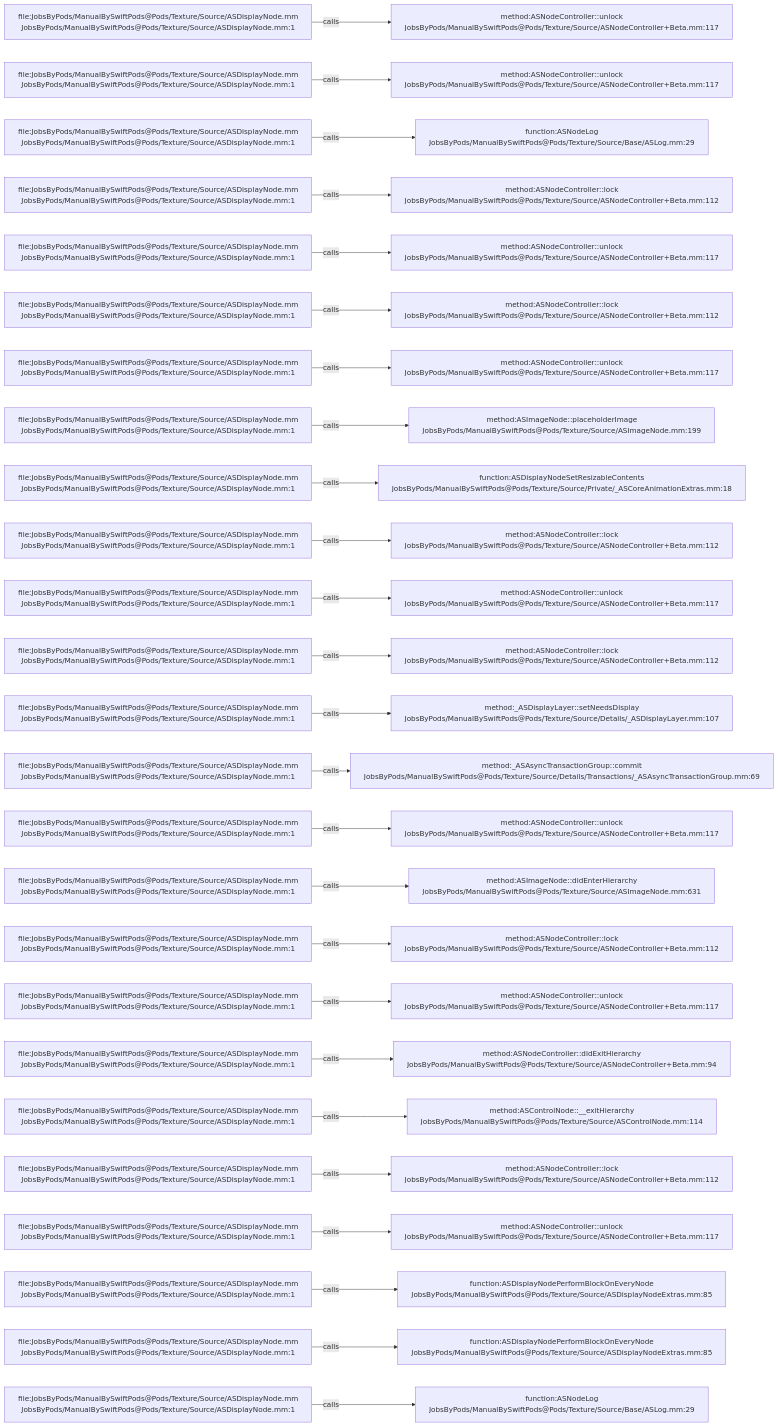
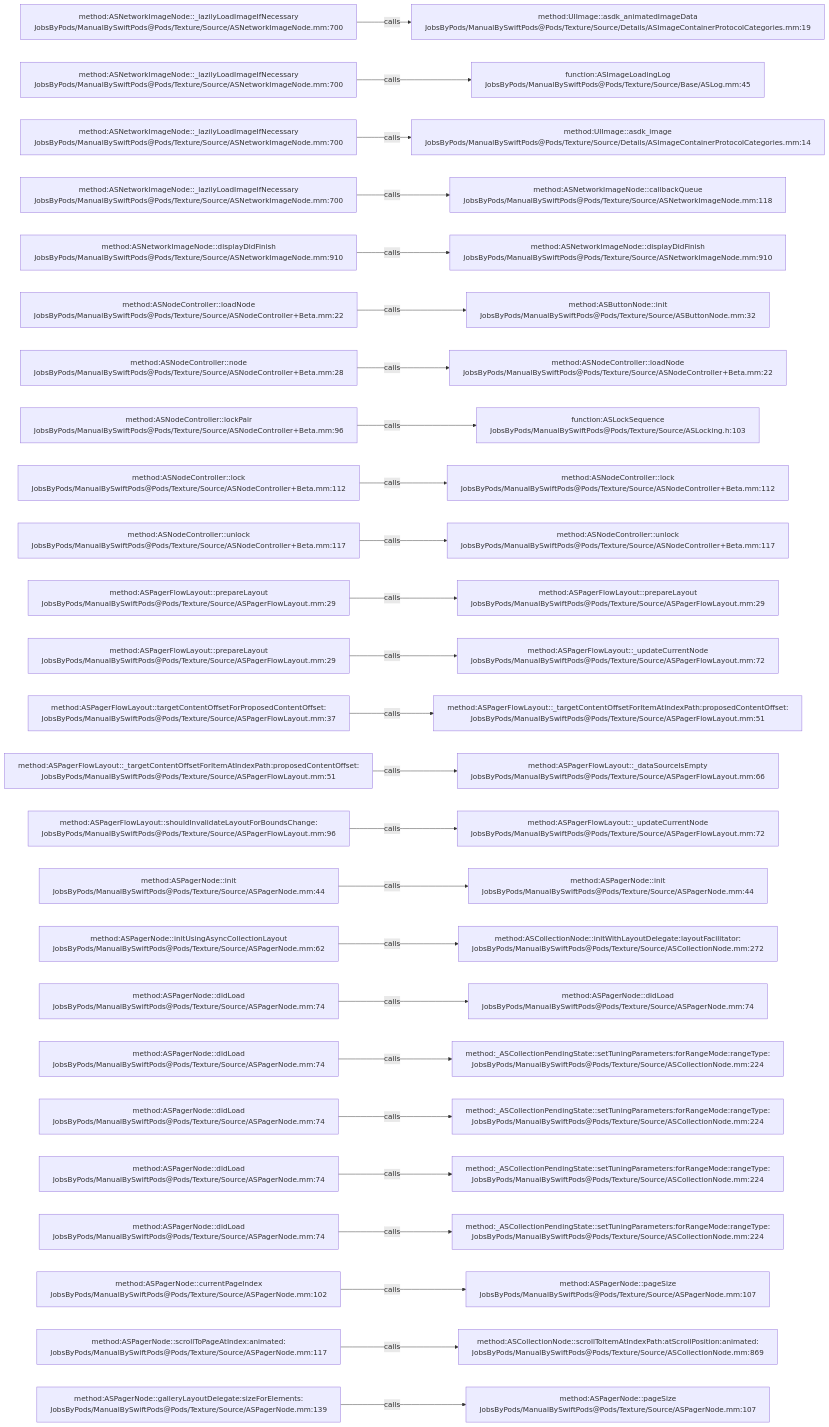
The diagram in .codegraph/codegraph.md/graphs/calls-052.md (JobsKits/JobsSwiftBaseConfigDemo), drawn with Mermaid before and after one commit. The commit also changed 832 other files, not shown here.

````diff
--- a/.codegraph/codegraph.md/graphs/calls-052.md
+++ b/.codegraph/codegraph.md/graphs/calls-052.md
@@ -13,78 +13,78 @@
 ```mermaid
 flowchart LR
-  S1["file:JobsByPods/ManualBySwiftPods@Pods/Texture/Source/ASDisplayNode.mm<br/>JobsByPods/ManualBySwiftPods@Pods/Texture/Source/ASDisplayNode.mm:1"]
-  T1["method:ASNodeController::unlock<br/>JobsByPods/ManualBySwiftPods@Pods/Texture/Source/ASNodeController+Beta.mm:117"]
+  S1["method:ASNetworkImageNode::_lazilyLoadImageIfNecessary<br/>JobsByPods/ManualBySwiftPods@Pods/Texture/Source/ASNetworkImageNode.mm:700"]
+  T1["method:UIImage::asdk_animatedImageData<br/>JobsByPods/ManualBySwiftPods@Pods/Texture/Source/Details/ASImageContainerProtocolCategories.mm:19"]
   S1 -->|calls| T1
-  S2["file:JobsByPods/ManualBySwiftPods@Pods/Texture/Source/ASDisplayNode.mm<br/>JobsByPods/ManualBySwiftPods@Pods/Texture/Source/ASDisplayNode.mm:1"]
-  T2["method:ASNodeController::unlock<br/>JobsByPods/ManualBySwiftPods@Pods/Texture/Source/ASNodeController+Beta.mm:117"]
+  S2["method:ASNetworkImageNode::_lazilyLoadImageIfNecessary<br/>JobsByPods/ManualBySwiftPods@Pods/Texture/Source/ASNetworkImageNode.mm:700"]
+  T2["function:ASImageLoadingLog<br/>JobsByPods/ManualBySwiftPods@Pods/Texture/Source/Base/ASLog.mm:45"]
   S2 -->|calls| T2
-  S3["file:JobsByPods/ManualBySwiftPods@Pods/Texture/Source/ASDisplayNode.mm<br/>JobsByPods/ManualBySwiftPods@Pods/Texture/Source/ASDisplayNode.mm:1"]
-  T3["function:ASNodeLog<br/>JobsByPods/ManualBySwiftPods@Pods/Texture/Source/Base/ASLog.mm:29"]
+  S3["method:ASNetworkImageNode::_lazilyLoadImageIfNecessary<br/>JobsByPods/ManualBySwiftPods@Pods/Texture/Source/ASNetworkImageNode.mm:700"]
+  T3["method:UIImage::asdk_image<br/>JobsByPods/ManualBySwiftPods@Pods/Texture/Source/Details/ASImageContainerProtocolCategories.mm:14"]
   S3 -->|calls| T3
-  S4["file:JobsByPods/ManualBySwiftPods@Pods/Texture/Source/ASDisplayNode.mm<br/>JobsByPods/ManualBySwiftPods@Pods/Texture/Source/ASDisplayNode.mm:1"]
-  T4["method:ASNodeController::lock<br/>JobsByPods/ManualBySwiftPods@Pods/Texture/Source/ASNodeController+Beta.mm:112"]
+  S4["method:ASNetworkImageNode::_lazilyLoadImageIfNecessary<br/>JobsByPods/ManualBySwiftPods@Pods/Texture/Source/ASNetworkImageNode.mm:700"]
+  T4["method:ASNetworkImageNode::callbackQueue<br/>JobsByPods/ManualBySwiftPods@Pods/Texture/Source/ASNetworkImageNode.mm:118"]
   S4 -->|calls| T4
-  S5["file:JobsByPods/ManualBySwiftPods@Pods/Texture/Source/ASDisplayNode.mm<br/>JobsByPods/ManualBySwiftPods@Pods/Texture/Source/ASDisplayNode.mm:1"]
-  T5["method:ASNodeController::unlock<br/>JobsByPods/ManualBySwiftPods@Pods/Texture/Source/ASNodeController+Beta.mm:117"]
+  S5["method:ASNetworkImageNode::displayDidFinish<br/>JobsByPods/ManualBySwiftPods@Pods/Texture/Source/ASNetworkImageNode.mm:910"]
+  T5["method:ASNetworkImageNode::displayDidFinish<br/>JobsByPods/ManualBySwiftPods@Pods/Texture/Source/ASNetworkImageNode.mm:910"]
   S5 -->|calls| T5
-  S6["file:JobsByPods/ManualBySwiftPods@Pods/Texture/Source/ASDisplayNode.mm<br/>JobsByPods/ManualBySwiftPods@Pods/Texture/Source/ASDisplayNode.mm:1"]
-  T6["method:ASNodeController::lock<br/>JobsByPods/ManualBySwiftPods@Pods/Texture/Source/ASNodeController+Beta.mm:112"]
+  S6["method:ASNodeController::loadNode<br/>JobsByPods/ManualBySwiftPods@Pods/Texture/Source/ASNodeController+Beta.mm:22"]
+  T6["method:ASButtonNode::init<br/>JobsByPods/ManualBySwiftPods@Pods/Texture/Source/ASButtonNode.mm:32"]
   S6 -->|calls| T6
-  S7["file:JobsByPods/ManualBySwiftPods@Pods/Texture/Source/ASDisplayNode.mm<br/>JobsByPods/ManualBySwiftPods@Pods/Texture/Source/ASDisplayNode.mm:1"]
-  T7["method:ASNodeController::unlock<br/>JobsByPods/ManualBySwiftPods@Pods/Texture/Source/ASNodeController+Beta.mm:117"]
+  S7["method:ASNodeController::node<br/>JobsByPods/ManualBySwiftPods@Pods/Texture/Source/ASNodeController+Beta.mm:28"]
+  T7["method:ASNodeController::loadNode<br/>JobsByPods/ManualBySwiftPods@Pods/Texture/Source/ASNodeController+Beta.mm:22"]
   S7 -->|calls| T7
-  S8["file:JobsByPods/ManualBySwiftPods@Pods/Texture/Source/ASDisplayNode.mm<br/>JobsByPods/ManualBySwiftPods@Pods/Texture/Source/ASDisplayNode.mm:1"]
-  T8["method:ASImageNode::placeholderImage<br/>JobsByPods/ManualBySwiftPods@Pods/Texture/Source/ASImageNode.mm:199"]
+  S8["method:ASNodeController::lockPair<br/>JobsByPods/ManualBySwiftPods@Pods/Texture/Source/ASNodeController+Beta.mm:96"]
+  T8["function:ASLockSequence<br/>JobsByPods/ManualBySwiftPods@Pods/Texture/Source/ASLocking.h:103"]
   S8 -->|calls| T8
-  S9["file:JobsByPods/ManualBySwiftPods@Pods/Texture/Source/ASDisplayNode.mm<br/>JobsByPods/ManualBySwiftPods@Pods/Texture/Source/ASDisplayNode.mm:1"]
-  T9["function:ASDisplayNodeSetResizableContents<br/>JobsByPods/ManualBySwiftPods@Pods/Texture/Source/Private/_ASCoreAnimationExtras.mm:18"]
+  S9["method:ASNodeController::lock<br/>JobsByPods/ManualBySwiftPods@Pods/Texture/Source/ASNodeController+Beta.mm:112"]
+  T9["method:ASNodeController::lock<br/>JobsByPods/ManualBySwiftPods@Pods/Texture/Source/ASNodeController+Beta.mm:112"]
   S9 -->|calls| T9
-  S10["file:JobsByPods/ManualBySwiftPods@Pods/Texture/Source/ASDisplayNode.mm<br/>JobsByPods/ManualBySwiftPods@Pods/Texture/Source/ASDisplayNode.mm:1"]
-  T10["method:ASNodeController::lock<br/>JobsByPods/ManualBySwiftPods@Pods/Texture/Source/ASNodeController+Beta.mm:112"]
+  S10["method:ASNodeController::unlock<br/>JobsByPods/ManualBySwiftPods@Pods/Texture/Source/ASNodeController+Beta.mm:117"]
+  T10["method:ASNodeController::unlock<br/>JobsByPods/ManualBySwiftPods@Pods/Texture/Source/ASNodeController+Beta.mm:117"]
   S10 -->|calls| T10
-  S11["file:JobsByPods/ManualBySwiftPods@Pods/Texture/Source/ASDisplayNode.mm<br/>JobsByPods/ManualBySwiftPods@Pods/Texture/Source/ASDisplayNode.mm:1"]
-  T11["method:ASNodeController::unlock<br/>JobsByPods/ManualBySwiftPods@Pods/Texture/Source/ASNodeController+Beta.mm:117"]
+  S11["method:ASPagerFlowLayout::prepareLayout<br/>JobsByPods/ManualBySwiftPods@Pods/Texture/Source/ASPagerFlowLayout.mm:29"]
+  T11["method:ASPagerFlowLayout::prepareLayout<br/>JobsByPods/ManualBySwiftPods@Pods/Texture/Source/ASPagerFlowLayout.mm:29"]
   S11 -->|calls| T11
-  S12["file:JobsByPods/ManualBySwiftPods@Pods/Texture/Source/ASDisplayNode.mm<br/>JobsByPods/ManualBySwiftPods@Pods/Texture/Source/ASDisplayNode.mm:1"]
-  T12["method:ASNodeController::lock<br/>JobsByPods/ManualBySwiftPods@Pods/Texture/Source/ASNodeController+Beta.mm:112"]
+  S12["method:ASPagerFlowLayout::prepareLayout<br/>JobsByPods/ManualBySwiftPods@Pods/Texture/Source/ASPagerFlowLayout.mm:29"]
+  T12["method:ASPagerFlowLayout::_updateCurrentNode<br/>JobsByPods/ManualBySwiftPods@Pods/Texture/Source/ASPagerFlowLayout.mm:72"]
   S12 -->|calls| T12
-  S13["file:JobsByPods/ManualBySwiftPods@Pods/Texture/Source/ASDisplayNode.mm<br/>JobsByPods/ManualBySwiftPods@Pods/Texture/Source/ASDisplayNode.mm:1"]
-  T13["method:_ASDisplayLayer::setNeedsDisplay<br/>JobsByPods/ManualBySwiftPods@Pods/Texture/Source/Details/_ASDisplayLayer.mm:107"]
+  S13["method:ASPagerFlowLayout::targetContentOffsetForProposedContentOffset:<br/>JobsByPods/ManualBySwiftPods@Pods/Texture/Source/ASPagerFlowLayout.mm:37"]
+  T13["method:ASPagerFlowLayout::_targetContentOffsetForItemAtIndexPath:proposedContentOffset:<br/>JobsByPods/ManualBySwiftPods@Pods/Texture/Source/ASPagerFlowLayout.mm:51"]
   S13 -->|calls| T13
-  S14["file:JobsByPods/ManualBySwiftPods@Pods/Texture/Source/ASDisplayNode.mm<br/>JobsByPods/ManualBySwiftPods@Pods/Texture/Source/ASDisplayNode.mm:1"]
-  T14["method:_ASAsyncTransactionGroup::commit<br/>JobsByPods/ManualBySwiftPods@Pods/Texture/Source/Details/Transactions/_ASAsyncTransactionGroup.mm:69"]
+  S14["method:ASPagerFlowLayout::_targetContentOffsetForItemAtIndexPath:proposedContentOffset:<br/>JobsByPods/ManualBySwiftPods@Pods/Texture/Source/ASPagerFlowLayout.mm:51"]
+  T14["method:ASPagerFlowLayout::_dataSourceIsEmpty<br/>JobsByPods/ManualBySwiftPods@Pods/Texture/Source/ASPagerFlowLayout.mm:66"]
   S14 -->|calls| T14
-  S15["file:JobsByPods/ManualBySwiftPods@Pods/Texture/Source/ASDisplayNode.mm<br/>JobsByPods/ManualBySwiftPods@Pods/Texture/Source/ASDisplayNode.mm:1"]
-  T15["method:ASNodeController::unlock<br/>JobsByPods/ManualBySwiftPods@Pods/Texture/Source/ASNodeController+Beta.mm:117"]
+  S15["method:ASPagerFlowLayout::shouldInvalidateLayoutForBoundsChange:<br/>JobsByPods/ManualBySwiftPods@Pods/Texture/Source/ASPagerFlowLayout.mm:96"]
+  T15["method:ASPagerFlowLayout::_updateCurrentNode<br/>JobsByPods/ManualBySwiftPods@Pods/Texture/Source/ASPagerFlowLayout.mm:72"]
   S15 -->|calls| T15
-  S16["file:JobsByPods/ManualBySwiftPods@Pods/Texture/Source/ASDisplayNode.mm<br/>JobsByPods/ManualBySwiftPods@Pods/Texture/Source/ASDisplayNode.mm:1"]
-  T16["method:ASImageNode::didEnterHierarchy<br/>JobsByPods/ManualBySwiftPods@Pods/Texture/Source/ASImageNode.mm:631"]
+  S16["method:ASPagerNode::init<br/>JobsByPods/ManualBySwiftPods@Pods/Texture/Source/ASPagerNode.mm:44"]
+  T16["method:ASPagerNode::init<br/>JobsByPods/ManualBySwiftPods@Pods/Texture/Source/ASPagerNode.mm:44"]
   S16 -->|calls| T16
-  S17["file:JobsByPods/ManualBySwiftPods@Pods/Texture/Source/ASDisplayNode.mm<br/>JobsByPods/ManualBySwiftPods@Pods/Texture/Source/ASDisplayNode.mm:1"]
-  T17["method:ASNodeController::lock<br/>JobsByPods/ManualBySwiftPods@Pods/Texture/Source/ASNodeController+Beta.mm:112"]
+  S17["method:ASPagerNode::initUsingAsyncCollectionLayout<br/>JobsByPods/ManualBySwiftPods@Pods/Texture/Source/ASPagerNode.mm:62"]
+  T17["method:ASCollectionNode::initWithLayoutDelegate:layoutFacilitator:<br/>JobsByPods/ManualBySwiftPods@Pods/Texture/Source/ASCollectionNode.mm:272"]
   S17 -->|calls| T17
-  S18["file:JobsByPods/ManualBySwiftPods@Pods/Texture/Source/ASDisplayNode.mm<br/>JobsByPods/ManualBySwiftPods@Pods/Texture/Source/ASDisplayNode.mm:1"]
-  T18["method:ASNodeController::unlock<br/>JobsByPods/ManualBySwiftPods@Pods/Texture/Source/ASNodeController+Beta.mm:117"]
+  S18["method:ASPagerNode::didLoad<br/>JobsByPods/ManualBySwiftPods@Pods/Texture/Source/ASPagerNode.mm:74"]
+  T18["method:ASPagerNode::didLoad<br/>JobsByPods/ManualBySwiftPods@Pods/Texture/Source/ASPagerNode.mm:74"]
   S18 -->|calls| T18
-  S19["file:JobsByPods/ManualBySwiftPods@Pods/Texture/Source/ASDisplayNode.mm<br/>JobsByPods/ManualBySwiftPods@Pods/Texture/Source/ASDisplayNode.mm:1"]
-  T19["method:ASNodeController::didExitHierarchy<br/>JobsByPods/ManualBySwiftPods@Pods/Texture/Source/ASNodeController+Beta.mm:94"]
+  S19["method:ASPagerNode::didLoad<br/>JobsByPods/ManualBySwiftPods@Pods/Texture/Source/ASPagerNode.mm:74"]
+  T19["method:_ASCollectionPendingState::setTuningParameters:forRangeMode:rangeType:<br/>JobsByPods/ManualBySwiftPods@Pods/Texture/Source/ASCollectionNode.mm:224"]
   S19 -->|calls| T19
-  S20["file:JobsByPods/ManualBySwiftPods@Pods/Texture/Source/ASDisplayNode.mm<br/>JobsByPods/ManualBySwiftPods@Pods/Texture/Source/ASDisplayNode.mm:1"]
-  T20["method:ASControlNode::__exitHierarchy<br/>JobsByPods/ManualBySwiftPods@Pods/Texture/Source/ASControlNode.mm:114"]
+  S20["method:ASPagerNode::didLoad<br/>JobsByPods/ManualBySwiftPods@Pods/Texture/Source/ASPagerNode.mm:74"]
+  T20["method:_ASCollectionPendingState::setTuningParameters:forRangeMode:rangeType:<br/>JobsByPods/ManualBySwiftPods@Pods/Texture/Source/ASCollectionNode.mm:224"]
   S20 -->|calls| T20
-  S21["file:JobsByPods/ManualBySwiftPods@Pods/Texture/Source/ASDisplayNode.mm<br/>JobsByPods/ManualBySwiftPods@Pods/Texture/Source/ASDisplayNode.mm:1"]
-  T21["method:ASNodeController::lock<br/>JobsByPods/ManualBySwiftPods@Pods/Texture/Source/ASNodeController+Beta.mm:112"]
+  S21["method:ASPagerNode::didLoad<br/>JobsByPods/ManualBySwiftPods@Pods/Texture/Source/ASPagerNode.mm:74"]
+  T21["method:_ASCollectionPendingState::setTuningParameters:forRangeMode:rangeType:<br/>JobsByPods/ManualBySwiftPods@Pods/Texture/Source/ASCollectionNode.mm:224"]
   S21 -->|calls| T21
-  S22["file:JobsByPods/ManualBySwiftPods@Pods/Texture/Source/ASDisplayNode.mm<br/>JobsByPods/ManualBySwiftPods@Pods/Texture/Source/ASDisplayNode.mm:1"]
-  T22["method:ASNodeController::unlock<br/>JobsByPods/ManualBySwiftPods@Pods/Texture/Source/ASNodeController+Beta.mm:117"]
+  S22["method:ASPagerNode::didLoad<br/>JobsByPods/ManualBySwiftPods@Pods/Texture/Source/ASPagerNode.mm:74"]
+  T22["method:_ASCollectionPendingState::setTuningParameters:forRangeMode:rangeType:<br/>JobsByPods/ManualBySwiftPods@Pods/Texture/Source/ASCollectionNode.mm:224"]
   S22 -->|calls| T22
-  S23["file:JobsByPods/ManualBySwiftPods@Pods/Texture/Source/ASDisplayNode.mm<br/>JobsByPods/ManualBySwiftPods@Pods/Texture/Source/ASDisplayNode.mm:1"]
-  T23["function:ASDisplayNodePerformBlockOnEveryNode<br/>JobsByPods/ManualBySwiftPods@Pods/Texture/Source/ASDisplayNodeExtras.mm:85"]
+  S23["method:ASPagerNode::currentPageIndex<br/>JobsByPods/ManualBySwiftPods@Pods/Texture/Source/ASPagerNode.mm:102"]
+  T23["method:ASPagerNode::pageSize<br/>JobsByPods/ManualBySwiftPods@Pods/Texture/Source/ASPagerNode.mm:107"]
   S23 -->|calls| T23
-  S24["file:JobsByPods/ManualBySwiftPods@Pods/Texture/Source/ASDisplayNode.mm<br/>JobsByPods/ManualBySwiftPods@Pods/Texture/Source/ASDisplayNode.mm:1"]
-  T24["function:ASDisplayNodePerformBlockOnEveryNode<br/>JobsByPods/ManualBySwiftPods@Pods/Texture/Source/ASDisplayNodeExtras.mm:85"]
+  S24["method:ASPagerNode::scrollToPageAtIndex:animated:<br/>JobsByPods/ManualBySwiftPods@Pods/Texture/Source/ASPagerNode.mm:117"]
+  T24["method:ASCollectionNode::scrollToItemAtIndexPath:atScrollPosition:animated:<br/>JobsByPods/ManualBySwiftPods@Pods/Texture/Source/ASCollectionNode.mm:869"]
   S24 -->|calls| T24
-  S25["file:JobsByPods/ManualBySwiftPods@Pods/Texture/Source/ASDisplayNode.mm<br/>JobsByPods/ManualBySwiftPods@Pods/Texture/Source/ASDisplayNode.mm:1"]
-  T25["function:ASNodeLog<br/>JobsByPods/ManualBySwiftPods@Pods/Texture/Source/Base/ASLog.mm:29"]
+  S25["method:ASPagerNode::galleryLayoutDelegate:sizeForElements:<br/>JobsByPods/ManualBySwiftPods@Pods/Texture/Source/ASPagerNode.mm:139"]
+  T25["method:ASPagerNode::pageSize<br/>JobsByPods/ManualBySwiftPods@Pods/Texture/Source/ASPagerNode.mm:107"]
   S25 -->|calls| T25
 ```
````
